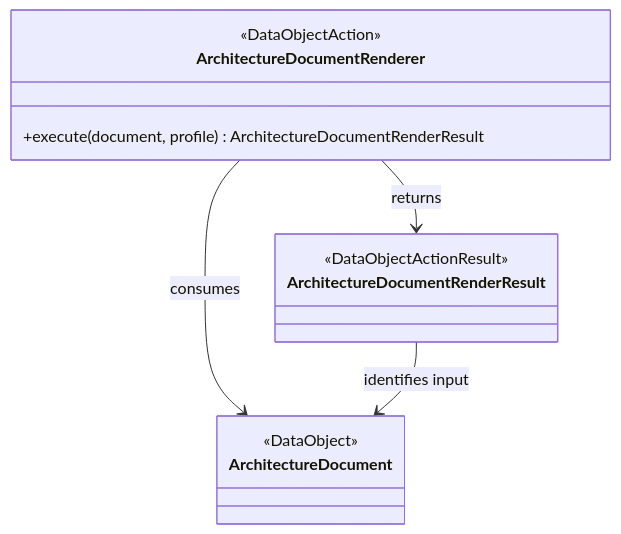
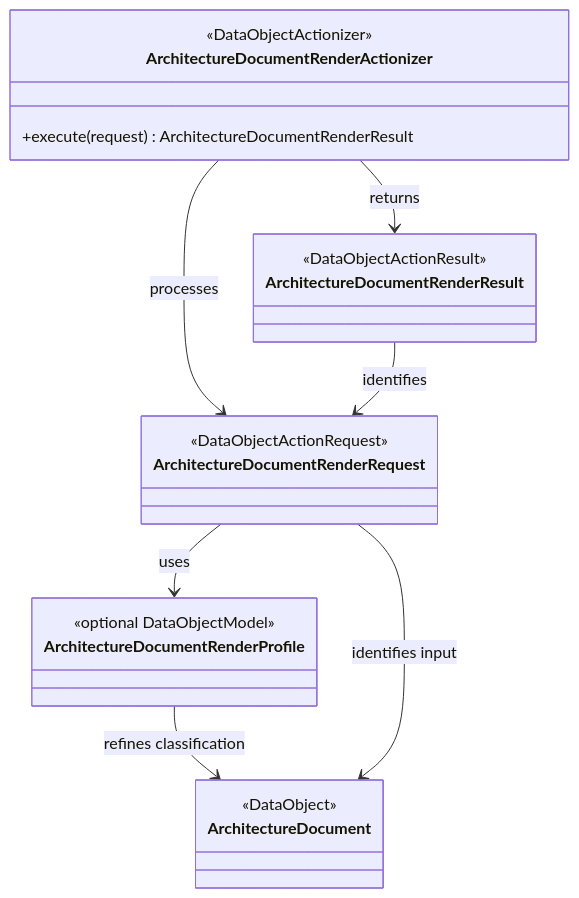
Before and after one commit to eragasa/projectkoios: the diagram in docs/architecture/v0/index.md, drawn with Mermaid. The commit also changed other lines of this file and 10 other files, not shown here.

Commit message:
docs: define data object actionizer taxonomy

````diff
--- a/docs/architecture/v0/index.md
+++ b/docs/architecture/v0/index.md
@@ -86,17 +84,26 @@
 ```mermaid
 classDiagram
     class ArchitectureDocument {
         <<DataObject>>
     }
-    class ArchitectureDocumentRenderer {
-        <<DataObjectAction>>
-        +execute(document, profile) ArchitectureDocumentRenderResult
+    class ArchitectureDocumentRenderProfile {
+        <<optional DataObjectModel>>
+    }
+    class ArchitectureDocumentRenderRequest {
+        <<DataObjectActionRequest>>
+    }
+    class ArchitectureDocumentRenderActionizer {
+        <<DataObjectActionizer>>
+        +execute(request) ArchitectureDocumentRenderResult
     }
     class ArchitectureDocumentRenderResult {
         <<DataObjectActionResult>>
     }
 
-    ArchitectureDocumentRenderer --> ArchitectureDocument : consumes
-    ArchitectureDocumentRenderer --> ArchitectureDocumentRenderResult : returns
-    ArchitectureDocumentRenderResult --> ArchitectureDocument : identifies input
+    ArchitectureDocumentRenderProfile --> ArchitectureDocument : refines classification
+    ArchitectureDocumentRenderRequest --> ArchitectureDocument : identifies input
+    ArchitectureDocumentRenderRequest --> ArchitectureDocumentRenderProfile : uses
+    ArchitectureDocumentRenderActionizer --> ArchitectureDocumentRenderRequest : processes
+    ArchitectureDocumentRenderActionizer --> ArchitectureDocumentRenderResult : returns
+    ArchitectureDocumentRenderResult --> ArchitectureDocumentRenderRequest : identifies
 ```
````
